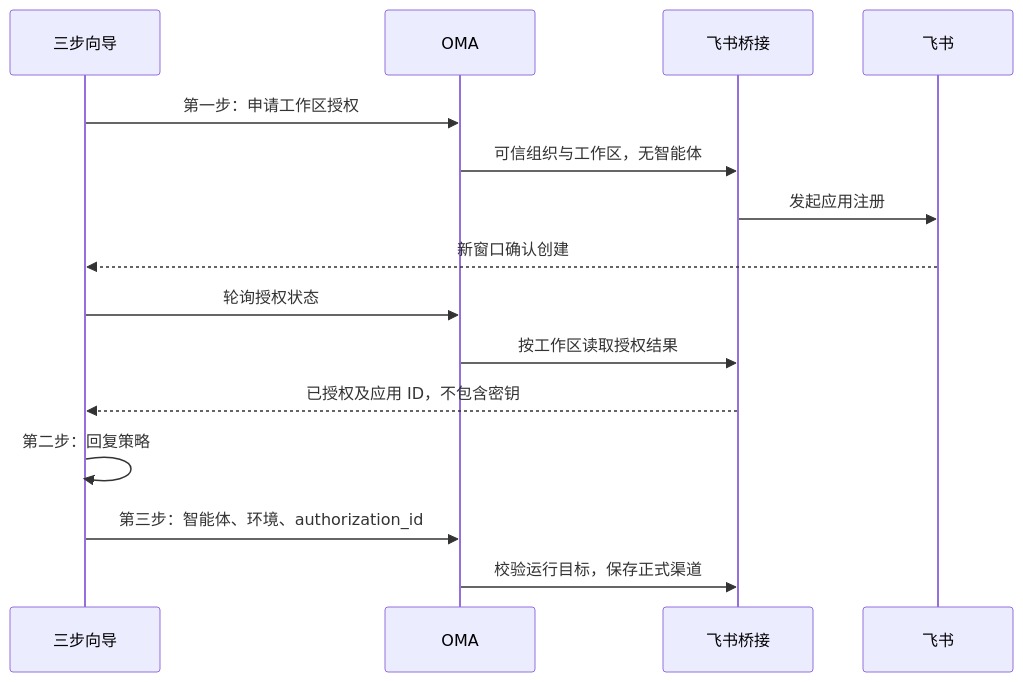
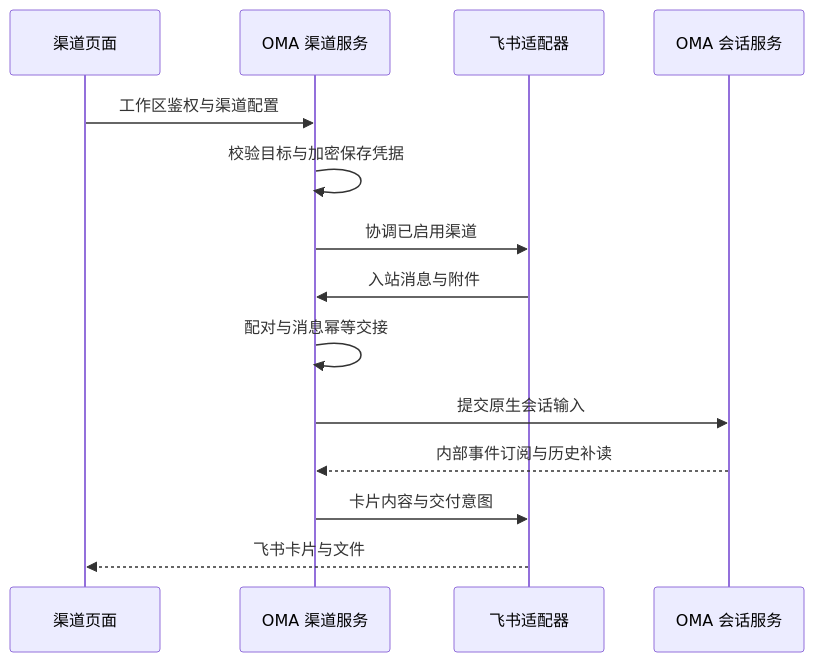
One commit to superduck-ai/open-managed-agents changed the diagram in docs/design/fe/agent-feishu-channels.md. Above: the diagram before and after it, drawn with Mermaid. The commit also changed other lines of this file and 1 other file, not shown here.

````diff
--- a/docs/design/fe/agent-feishu-channels.md
+++ b/docs/design/fe/agent-feishu-channels.md
@@ -159,17 +13,16 @@
 ```mermaid
 sequenceDiagram
-  participant U as 三步向导
-  participant O as OMA
-  participant B as 飞书桥接
-  participant F as 飞书
-  U->>O: 第一步：申请工作区授权
-  O->>B: 可信组织与工作区，无智能体
-  B->>F: 发起应用注册
-  F-->>U: 新窗口确认创建
-  U->>O: 轮询授权状态
-  O->>B: 按工作区读取授权结果
-  B-->>U: 已授权及应用 ID，不包含密钥
-  U->>U: 第二步：回复策略
-  U->>O: 第三步：智能体、环境、authorization_id
-  O->>B: 校验运行目标，保存正式渠道
+  participant U as 渠道页面
+  participant C as OMA 渠道服务
+  participant F as 飞书适配器
+  participant S as OMA 会话服务
+  U->>C: 工作区鉴权与渠道配置
+  C->>C: 校验目标与加密保存凭据
+  C->>F: 协调已启用渠道
+  F->>C: 入站消息与附件
+  C->>C: 配对与消息幂等交接
+  C->>S: 提交原生会话输入
+  S-->>C: 内部事件订阅与历史补读
+  C->>F: 卡片内容与交付意图
+  F-->>U: 飞书卡片与文件
 ```
````
